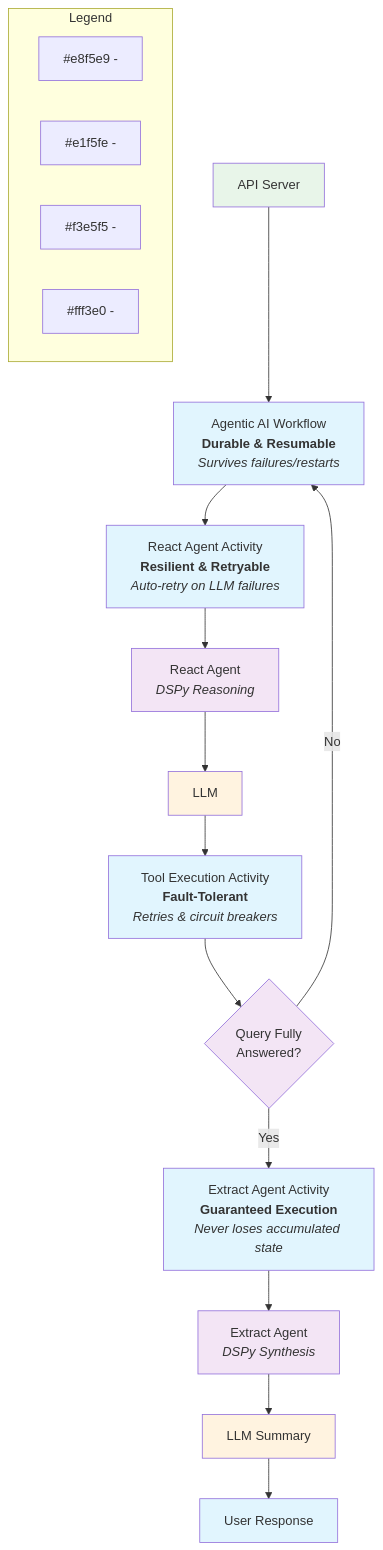
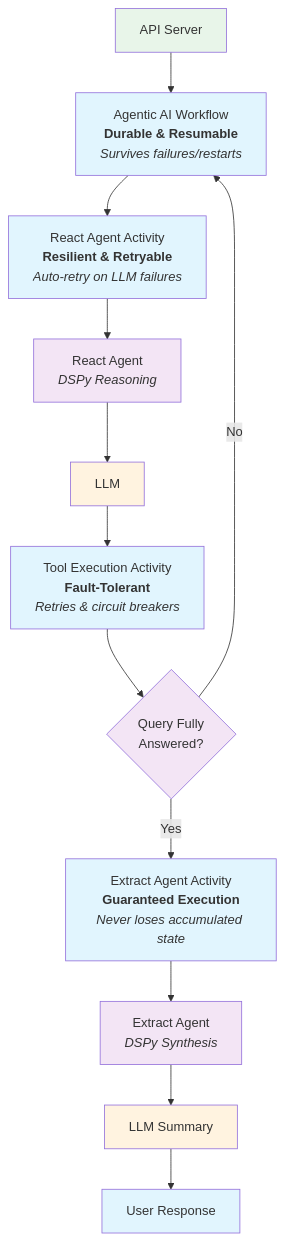
The diagram in README.md (retroryan/durable-ai-agent), drawn with Mermaid before and after one commit. The commit also changed other lines of this file and 6 other files, not shown here.

````diff
--- a/README.md
+++ b/README.md
@@ -90,41 +81,33 @@
 ```mermaid
 flowchart TD
     A[API Server] --> C[Agentic AI Workflow<br/><b>Durable & Resumable</b><br/><i>Survives failures/restarts</i>]
     C --> D[React Agent Activity<br/><b>Resilient & Retryable</b><br/><i>Auto-retry on LLM failures</i>]
     D --> E[React Agent<br/><i>DSPy Reasoning</i>]
     E --> F[LLM]
     F --> G[Tool Execution Activity<br/><b>Fault-Tolerant</b><br/><i>Retries & circuit breakers</i>]
     G --> H{Query Fully<br/>Answered?}
     H -->|No| C
     H -->|Yes| I[Extract Agent Activity<br/><b>Guaranteed Execution</b><br/><i>Never loses accumulated state</i>]
     I --> J[Extract Agent<br/><i>DSPy Synthesis</i>]
     J --> K[LLM Summary]
     K --> L[User Response]
     
     %% Color Group 1: A
     style A fill:#e8f5e9
     
     %% Color Group 2: C,D,G,I,L
     style C fill:#e1f5fe
     style D fill:#e1f5fe
     style G fill:#e1f5fe
     style I fill:#e1f5fe
     style L fill:#e1f5fe
     
     %% Color Group 3: E,H,J
     style E fill:#f3e5f5
     style H fill:#f3e5f5
     style J fill:#f3e5f5
     
     %% Color Group 4: F,K
     style F fill:#fff3e0
     style K fill:#fff3e0
-    
-    %% Legend
-    subgraph Legend
-        L1[#e8f5e9 - ]
-        L2[#e1f5fe - ]
-        L3[#f3e5f5 - ]
-        L4[#fff3e0 - ]
-    end
 ```
````
